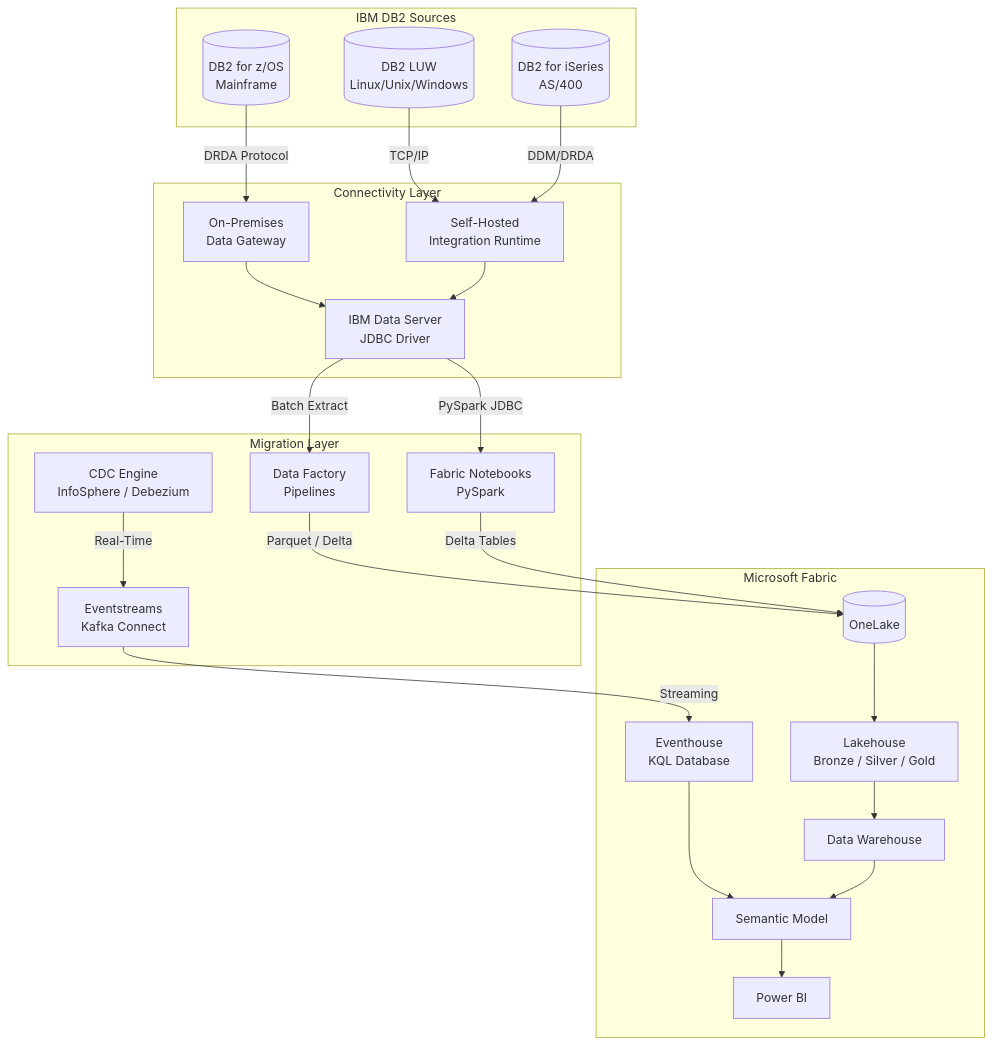
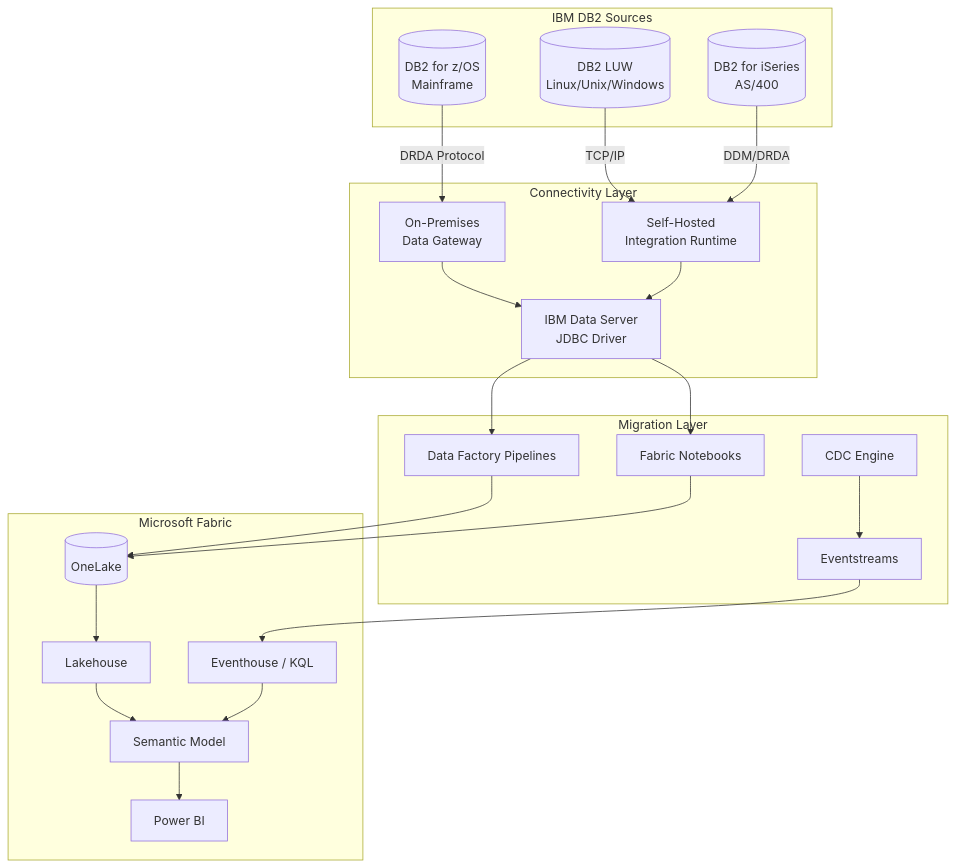
The first of 8 diagrams in tutorials/25-ibm-db2-source/README.md (fgarofalo56/Supercharge_Microsoft_Fabric), drawn with Mermaid before and after one commit. The commit also changed other lines of this file and 3 other files, not shown here.

````diff
--- a/tutorials/25-ibm-db2-source/README.md
+++ b/tutorials/25-ibm-db2-source/README.md
@@ -91,50 +85,45 @@
 ```mermaid
 flowchart TB
     subgraph DB2["IBM DB2 Sources"]
         ZOS[(DB2 for z/OS<br/>Mainframe)]
         LUW[(DB2 LUW<br/>Linux/Unix/Windows)]
         ISE[(DB2 for iSeries<br/>AS/400)]
     end
 
     subgraph Gateway["Connectivity Layer"]
         GW[On-Premises<br/>Data Gateway]
         SHIR[Self-Hosted<br/>Integration Runtime]
         JDBC[IBM Data Server<br/>JDBC Driver]
     end
 
     subgraph Migration["Migration Layer"]
-        ADF[Data Factory<br/>Pipelines]
-        NB[Fabric Notebooks<br/>PySpark]
-        CDC[CDC Engine<br/>InfoSphere / Debezium]
-        ES[Eventstreams<br/>Kafka Connect]
+        ADF[Data Factory Pipelines]
+        NB[Fabric Notebooks]
+        CDC[CDC Engine]
+        ES[Eventstreams]
     end
 
     subgraph Fabric["Microsoft Fabric"]
         OL[(OneLake)]
-        LH[Lakehouse<br/>Bronze / Silver / Gold]
-        WH[Data Warehouse]
-        EH[Eventhouse<br/>KQL Database]
+        LH[Lakehouse]
+        EH[Eventhouse / KQL]
         SM[Semantic Model]
         PBI[Power BI]
     end
 
     ZOS -->|DRDA Protocol| GW
     LUW -->|TCP/IP| SHIR
     ISE -->|DDM/DRDA| SHIR
     GW --> JDBC
     SHIR --> JDBC
-
-    JDBC -->|Batch Extract| ADF
-    JDBC -->|PySpark JDBC| NB
-    CDC -->|Real-Time| ES
-
-    ADF -->|Parquet / Delta| OL
-    NB -->|Delta Tables| OL
-    ES -->|Streaming| EH
-
+    JDBC --> ADF
+    JDBC --> NB
+    CDC --> ES
+    ADF --> OL
+    NB --> OL
+    ES --> EH
     OL --> LH
-    LH --> WH
+    LH --> SM
     EH --> SM
-    WH --> SM
     SM --> PBI
 ```
````
